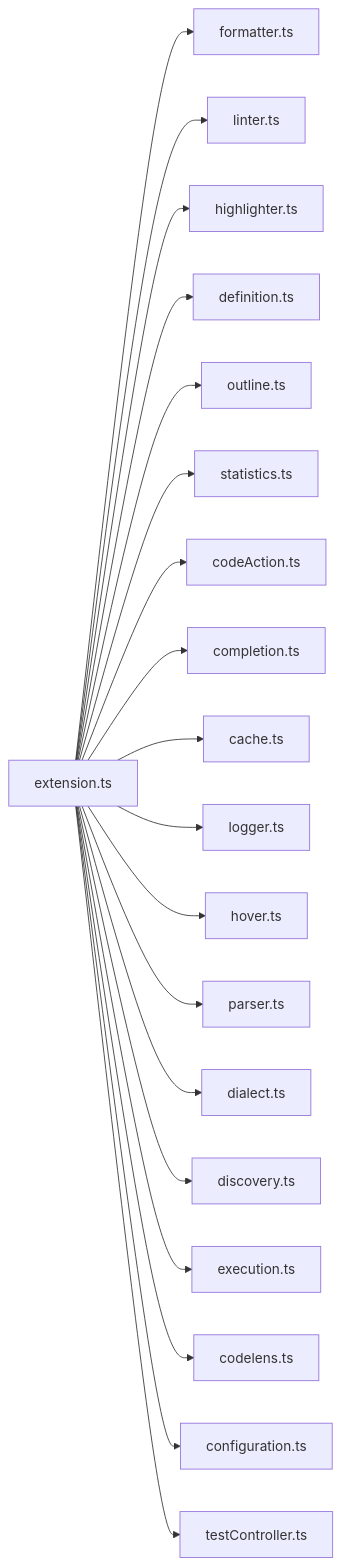
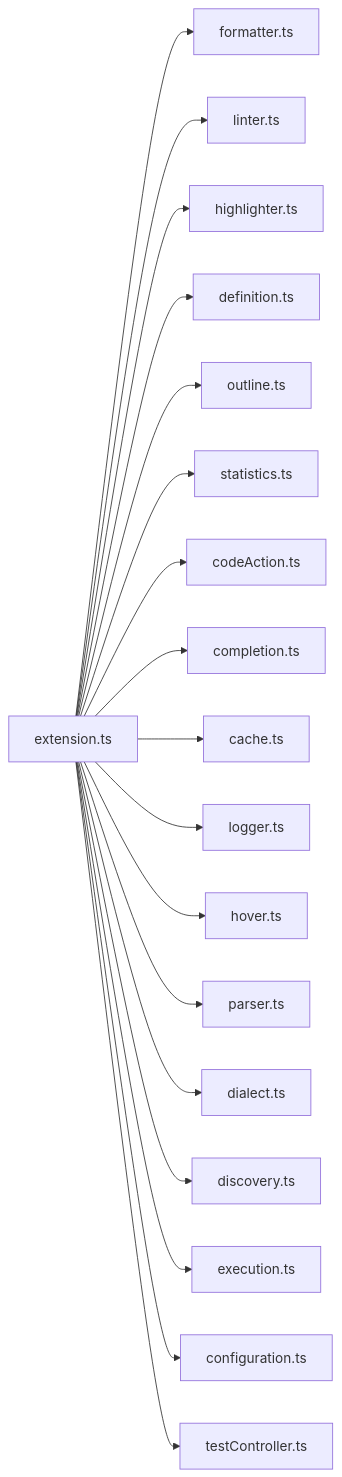
The first of 4 diagrams in docs/ARCHITECTURE.md (carlos-camara/vscode-gherkin-beautifier), drawn with Mermaid before and after one commit. The commit also changed other lines of this file and 4 other files, not shown here.

````diff
--- a/docs/ARCHITECTURE.md
+++ b/docs/ARCHITECTURE.md
@@ -15,21 +15,21 @@
 ```mermaid
 graph LR
     A[extension.ts] --> B[formatter.ts]
     A --> C[linter.ts]
     A --> D[highlighter.ts]
     A --> E[definition.ts]
     A --> F[outline.ts]
     A --> G[statistics.ts]
     A --> H[codeAction.ts]
     A --> I[completion.ts]
     A --> J[cache.ts]
     A --> K[logger.ts]
     A --> L[hover.ts]
     A --> M[parser.ts]
     A --> N[dialect.ts]
     A --> O[discovery.ts]
     A --> P[execution.ts]
-    A --> Q[codelens.ts]
+
     A --> R[configuration.ts]
     A --> S[testController.ts]
 ```
````
